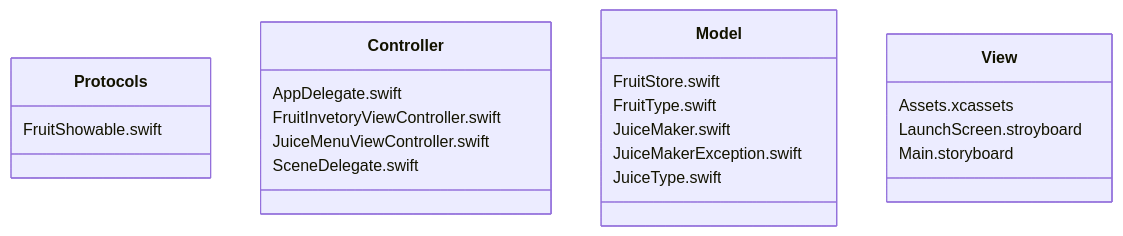
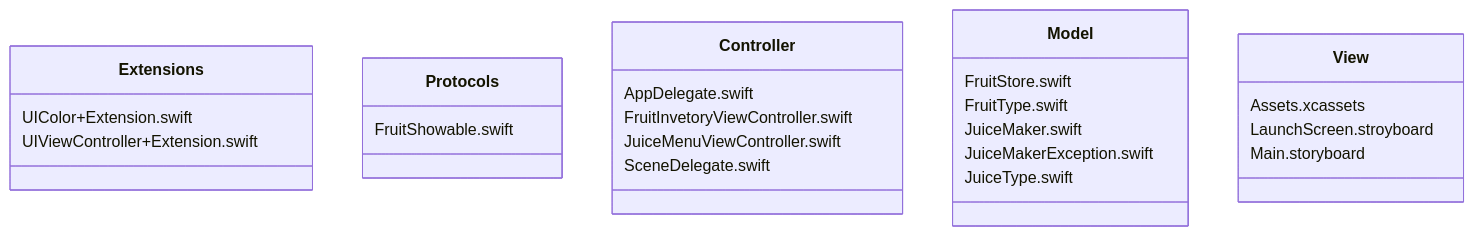
Before and after one commit to newJunsung/ios-juice-maker: the first of 3 diagrams in README.md, drawn with Mermaid.

````diff
--- a/README.md
+++ b/README.md
@@ -62,28 +62,33 @@
 ```mermaid
 classDiagram
+
+class Extensions {
+  UIColor+Extension.swift
+  UIViewController+Extension.swift
+}
 
 class Protocols {
     FruitShowable.swift
 }
 
 class Controller {
   AppDelegate.swift
   FruitInvetoryViewController.swift
   JuiceMenuViewController.swift
   SceneDelegate.swift
 }
 
 class Model {
   FruitStore.swift
   FruitType.swift
   JuiceMaker.swift
   JuiceMakerException.swift
   JuiceType.swift
 }
 
 class View {
   Assets.xcassets
   LaunchScreen.stroyboard
   Main.storyboard
 }
 ```
````
